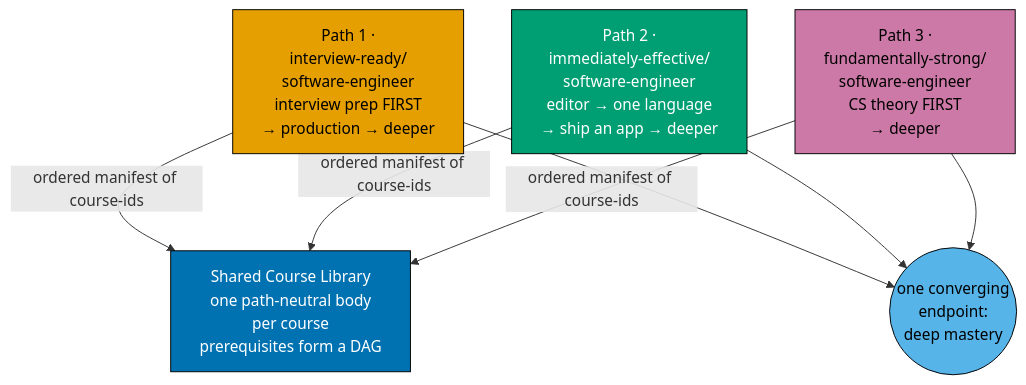
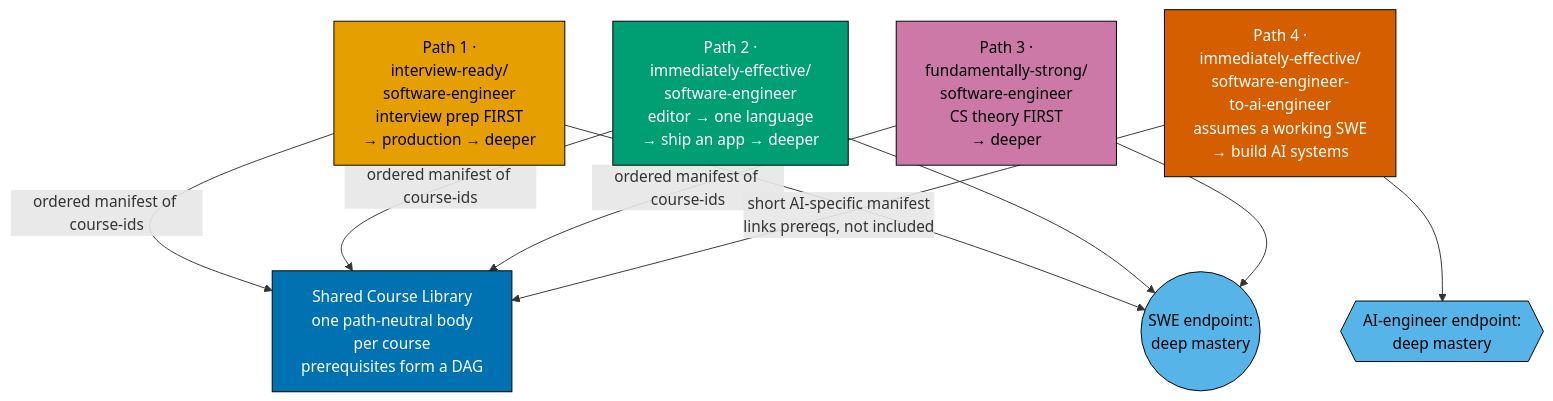
One commit to wahidyankf/baseerah changed the first of 2 diagrams in plans/in-progress/fundamentally-strong-shared-course-tracks/README.md. Above: the diagram before and after it, drawn with Mermaid. The commit also changed other lines of this file and 24 other files, not shown here.

First line of the commit message:
feat(plans): add immediately-effective/software-engineer-to-ai-engineer path

````diff
--- a/plans/in-progress/fundamentally-strong-shared-course-tracks/README.md
+++ b/plans/in-progress/fundamentally-strong-shared-course-tracks/README.md
@@ -16,20 +22,25 @@
 ```mermaid
 flowchart TD
     LIB["Shared Course Library<br/>one path-neutral body<br/>per course<br/>prerequisites form a DAG"]:::lib
     IR["Path 1 ·<br/>interview-ready/<br/>software-engineer<br/>interview prep FIRST<br/>→ production → deeper"]:::ir
     IE["Path 2 ·<br/>immediately-effective/<br/>software-engineer<br/>editor → one language<br/>→ ship an app → deeper"]:::ie
     FS["Path 3 ·<br/>fundamentally-strong/<br/>software-engineer<br/>CS theory FIRST<br/>→ deeper"]:::fs
-    GOAL((one converging<br/>endpoint:<br/>deep mastery)):::goal
+    AI["Path 4 ·<br/>immediately-effective/<br/>software-engineer-<br/>to-ai-engineer<br/>assumes a working SWE<br/>→ build AI systems"]:::ai
+    SWEGOAL(("SWE endpoint:<br/>deep mastery")):::goal
+    AIGOAL{{"AI-engineer endpoint:<br/>deep mastery"}}:::goal
     IR -->|ordered manifest of course-ids| LIB
     IE -->|ordered manifest of course-ids| LIB
     FS -->|ordered manifest of course-ids| LIB
-    IR --> GOAL
-    IE --> GOAL
-    FS --> GOAL
+    AI -->|short AI-specific manifest<br/>links prereqs, not included| LIB
+    IR --> SWEGOAL
+    IE --> SWEGOAL
+    FS --> SWEGOAL
+    AI --> AIGOAL
 
     classDef lib fill:#0072B2,stroke:#000,color:#fff
     classDef ir fill:#E69F00,stroke:#000,color:#000
     classDef ie fill:#009E73,stroke:#000,color:#fff
     classDef fs fill:#CC79A7,stroke:#000,color:#000
+    classDef ai fill:#D55E00,stroke:#000,color:#fff
     classDef goal fill:#56B4E9,stroke:#000,color:#000
 ```
````
